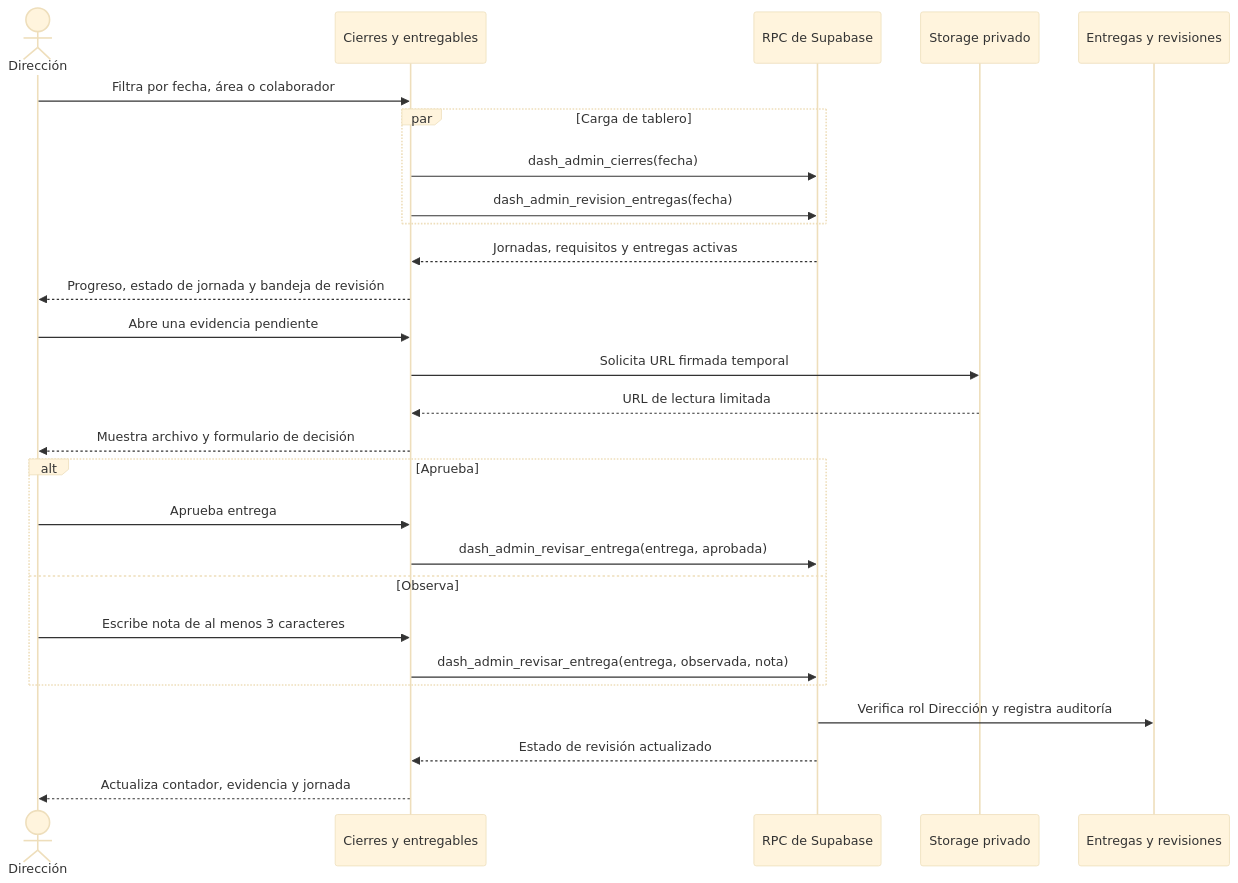
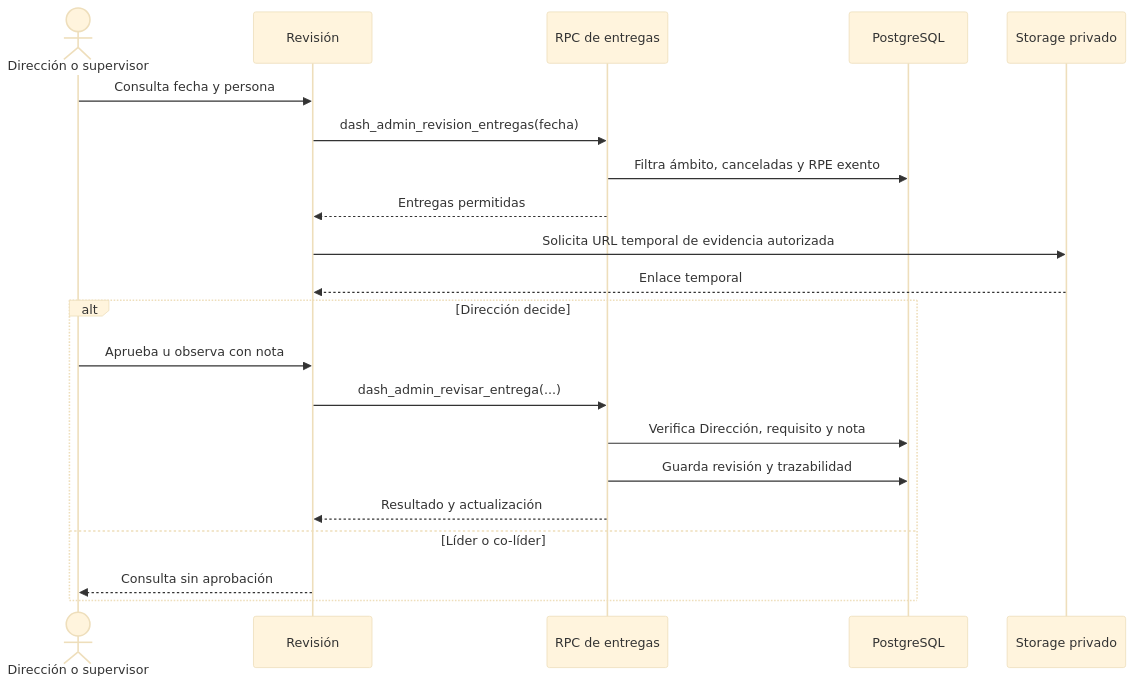
Before and after one commit to kjabienestar-ux/KJA: the fifth of 22 diagrams in docs/20-diagramas-secuencia-administracion.md, drawn with Mermaid (base theme). The commit also changed other lines of this file and 4 other files, not shown here.

````diff
--- a/docs/20-diagramas-secuencia-administracion.md
+++ b/docs/20-diagramas-secuencia-administracion.md
@@ -139,31 +159,23 @@
 ```mermaid
 sequenceDiagram
-    actor Dir as Dirección
-    participant Web as Cierres y entregables
-    participant RPC as RPC de Supabase
-    participant Storage as Storage privado
-    participant DB as Entregas y revisiones
-
-    Dir->>Web: Filtra por fecha, área o colaborador
-    par Carga de tablero
-        Web->>RPC: dash_admin_cierres(fecha)
-        Web->>RPC: dash_admin_revision_entregas(fecha)
+    actor U as Dirección o supervisor
+    participant W as Revisión
+    participant R as RPC de entregas
+    participant B as PostgreSQL
+    participant S as Storage privado
+    U->>W: Consulta fecha y persona
+    W->>R: dash_admin_revision_entregas(fecha)
+    R->>B: Filtra ámbito, canceladas y RPE exento
+    R-->>W: Entregas permitidas
+    W->>S: Solicita URL temporal de evidencia autorizada
+    S-->>W: Enlace temporal
+    alt Dirección decide
+    U->>W: Aprueba u observa con nota
+    W->>R: dash_admin_revisar_entrega(...)
+    R->>B: Verifica Dirección, requisito y nota
+    R->>B: Guarda revisión y trazabilidad
+    R-->>W: Resultado y actualización
+    else Líder o co-líder
+    W-->>U: Consulta sin aprobación
     end
-    RPC-->>Web: Jornadas, requisitos y entregas activas
-    Web-->>Dir: Progreso, estado de jornada y bandeja de revisión
-
-    Dir->>Web: Abre una evidencia pendiente
-    Web->>Storage: Solicita URL firmada temporal
-    Storage-->>Web: URL de lectura limitada
-    Web-->>Dir: Muestra archivo y formulario de decisión
-    alt Aprueba
-        Dir->>Web: Aprueba entrega
-        Web->>RPC: dash_admin_revisar_entrega(entrega, aprobada)
-    else Observa
-        Dir->>Web: Escribe nota de al menos 3 caracteres
-        Web->>RPC: dash_admin_revisar_entrega(entrega, observada, nota)
-    end
-    RPC->>DB: Verifica rol Dirección y registra auditoría
-    RPC-->>Web: Estado de revisión actualizado
-    Web-->>Dir: Actualiza contador, evidencia y jornada
 ```
````
